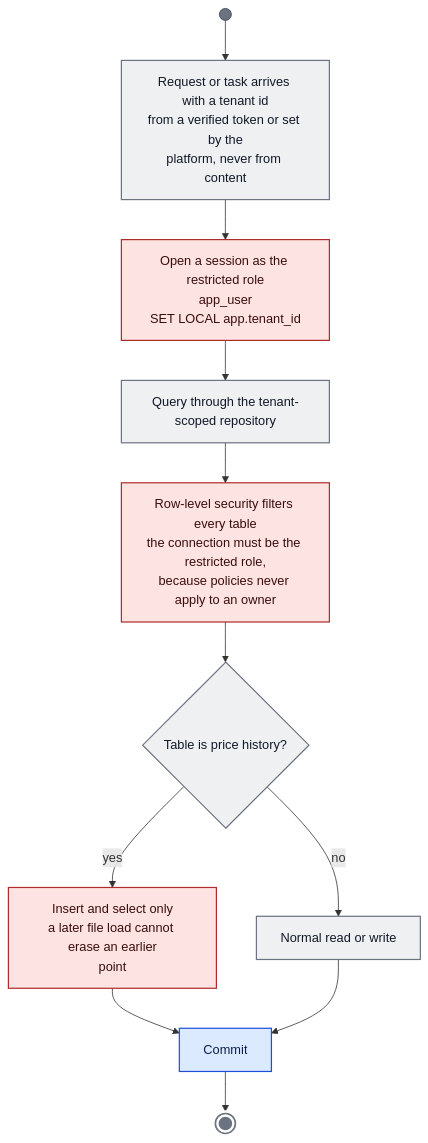
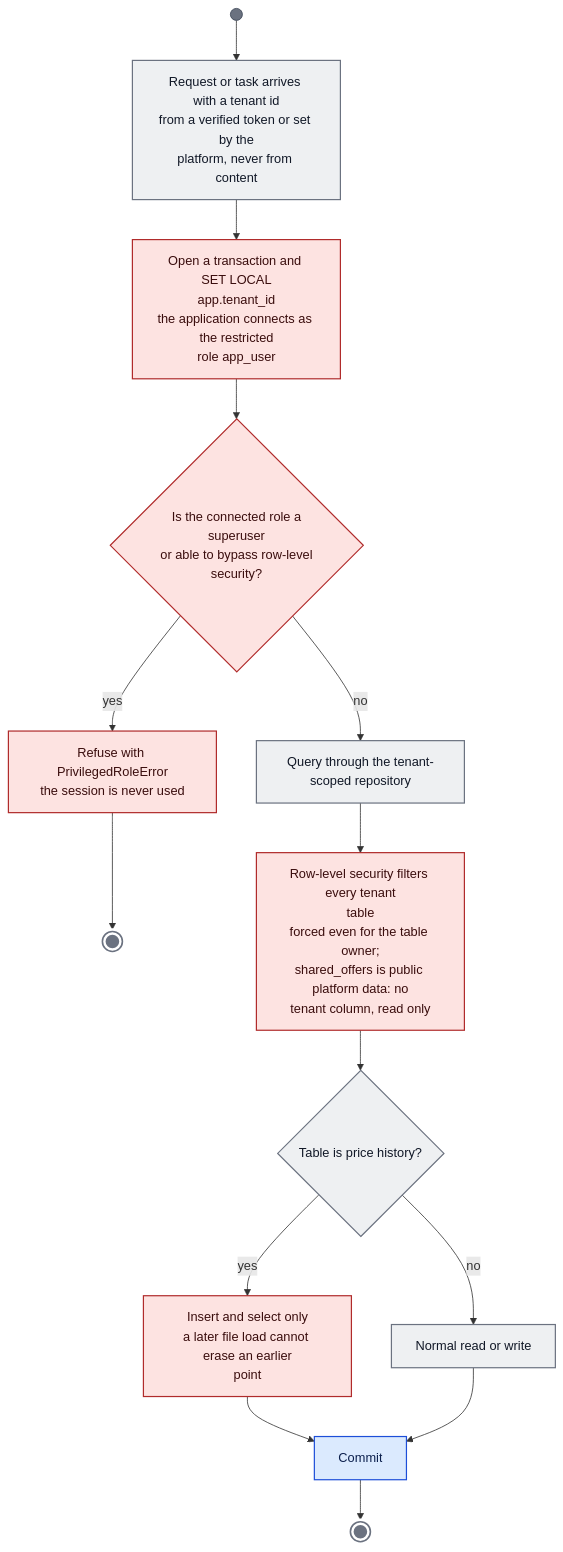
One commit to emre-akarsu/ai-commerce-ideas changed the eighth of 33 diagrams in docs/architecture/activity-diagrams.md. Above: the diagram before and after it, drawn with Mermaid. The commit also changed other lines of this file, not shown here.

First line of the commit message:
docs: correct the activity diagrams after an independent fact-check of the remaining modules and optimizations

````diff
--- a/docs/architecture/activity-diagrams.md
+++ b/docs/architecture/activity-diagrams.md
@@ -273,21 +285,24 @@
 ```mermaid
 flowchart TB
 classDef human fill:#ffe9b3,stroke:#8a5a00,color:#2a1c00,stroke-width:1.5px
 classDef rule fill:#eef0f2,stroke:#6b7280,color:#111827,stroke-width:1.5px
 classDef ai fill:#e9e3ff,stroke:#5b3fc4,color:#1e1050,stroke-width:2.5px,stroke-dasharray:6 4
 classDef opt fill:#d8f3e4,stroke:#1b7a4a,color:#0b2e1b,stroke-width:1.5px
 classDef gate fill:#fde3e1,stroke:#b02b2b,color:#3a0d0d,stroke-width:1.5px
 classDef data fill:#dbeafe,stroke:#1d4ed8,color:#0b1f4d,stroke-width:1.5px
 classDef bar fill:#6b7280,stroke:#374151,color:#ffffff
 classDef fin fill:#6b7280,stroke:#ffffff,color:#ffffff,stroke-width:3px
 S((" ")):::bar --> a1["Request or task arrives with a tenant id<br/>from a verified token or set by the<br/>platform, never from content"]:::rule
-a1 --> a2["Open a session as the restricted role<br/>app_user<br/>SET LOCAL app.tenant_id"]:::gate
-a2 --> a3["Query through the tenant-scoped repository"]:::rule
-a3 --> a4["Row-level security filters every table<br/>the connection must be the restricted role,<br/>because policies never apply to an owner"]:::gate
+a1 --> a2["Open a transaction and SET LOCAL<br/>app.tenant_id<br/>the application connects as the restricted<br/>role app_user"]:::gate
+a2 --> d0{"Is the connected role a<br/>superuser<br/>or able to bypass row-level<br/>security?"}:::gate
+d0 -->|"yes"| r0["Refuse with PrivilegedRoleError<br/>the session is never used"]:::gate
+r0 --> E1(((" "))):::fin
+d0 -->|"no"| a3["Query through the tenant-scoped repository"]:::rule
+a3 --> a4["Row-level security filters every tenant<br/>table<br/>forced even for the table owner;<br/>shared_offers is public platform data: no<br/>tenant column, read only"]:::gate
 a4 --> d1{"Table is price history?"}:::rule
 d1 -->|"yes"| a5["Insert and select only<br/>a later file load cannot erase an earlier<br/>point"]:::gate
 d1 -->|"no"| a6["Normal read or write"]:::rule
 a5 --> a7
 a6 --> a7["Commit"]:::data
-a7 --> E(((" "))):::fin
+a7 --> E2(((" "))):::fin
 ```
````
